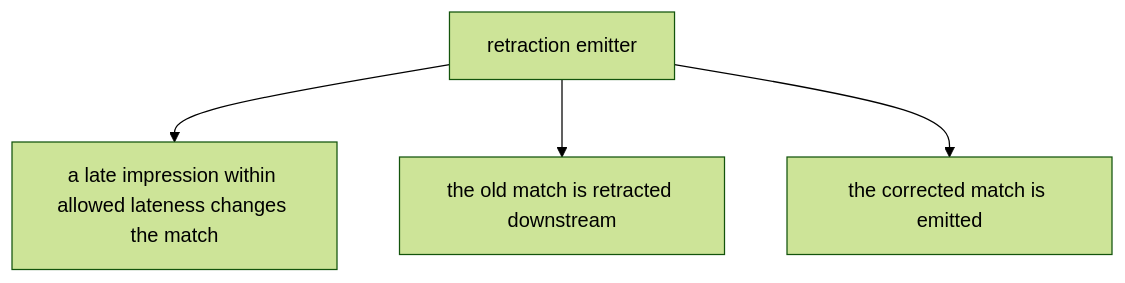
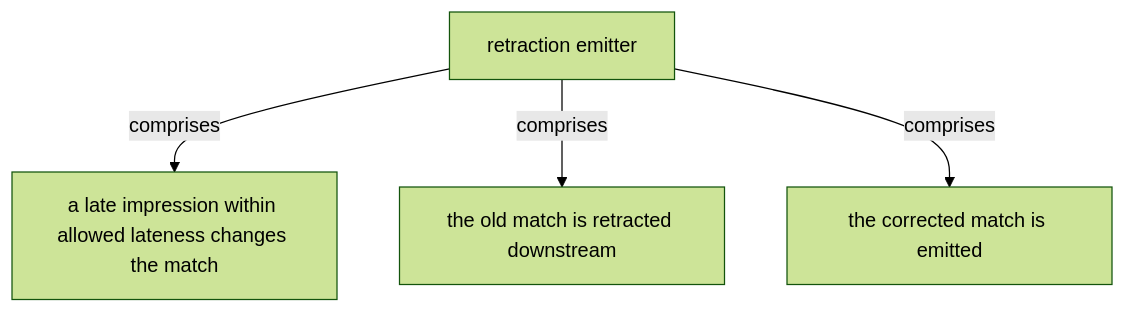
One commit to vinayakuber/streaming-systems-study-guide changed the sixth of 19 diagrams in docs/ch09-streaming-joins.md. Above: the diagram before and after it, drawn with Mermaid (forest theme). The commit also changed other lines of this file and 22 other files, not shown here.

First line of the commit message:
R18: label every diagram arrow with its meaning

````diff
--- a/docs/ch09-streaming-joins.md
+++ b/docs/ch09-streaming-joins.md
@@ -167,7 +167,7 @@
 ```mermaid
 flowchart TD
   R["retraction emitter"]
-  R --> P0["a late impression within allowed lateness changes the match"]
-  R --> P1["the old match is retracted downstream"]
-  R --> P2["the corrected match is emitted"]
+  R -->|"comprises"| P0["a late impression within allowed lateness changes the match"]
+  R -->|"comprises"| P1["the old match is retracted downstream"]
+  R -->|"comprises"| P2["the corrected match is emitted"]
 ```
````
